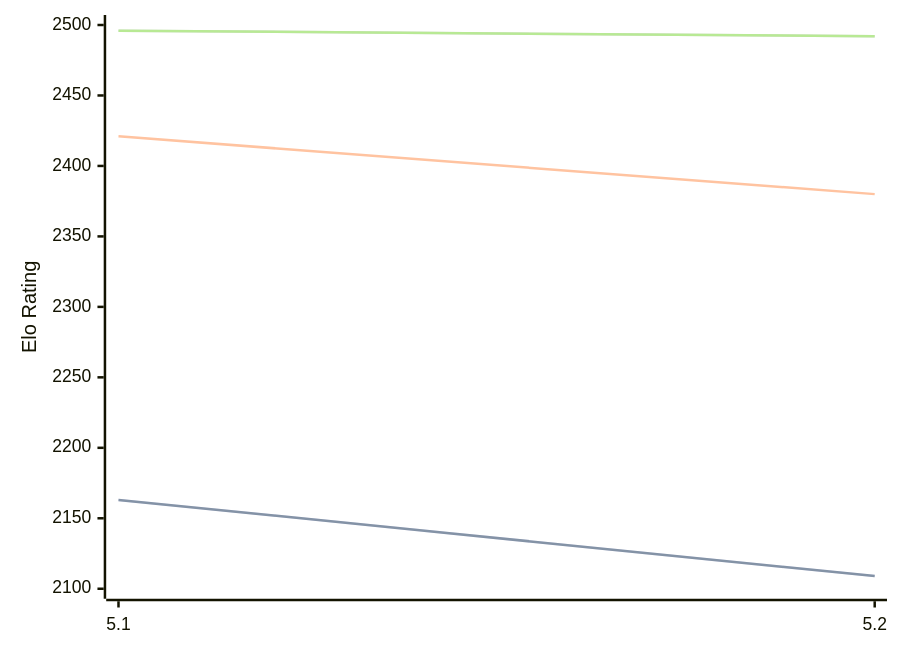
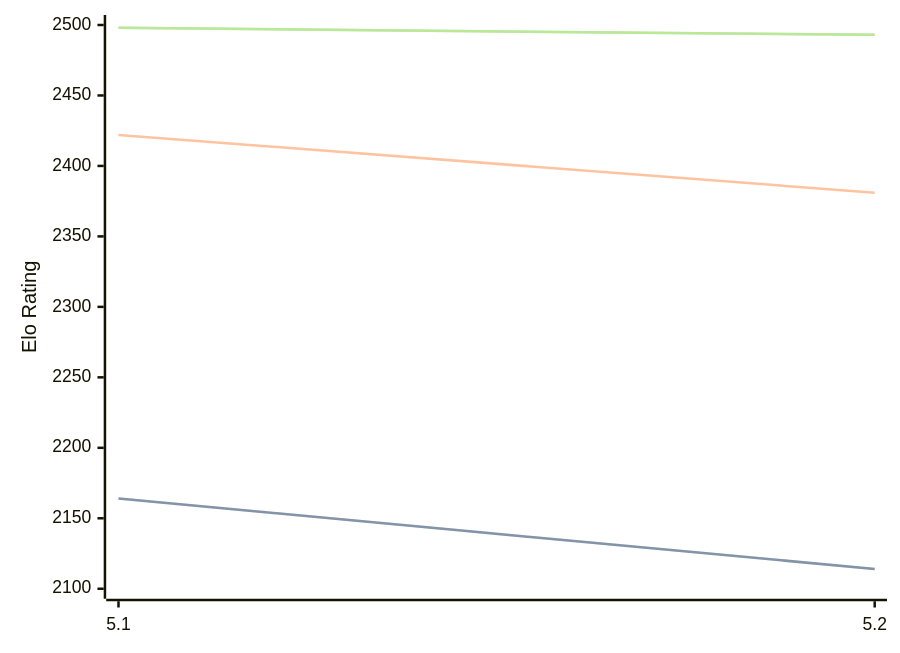
One commit to computer-chess-index/cci changed the diagram in engines/Prophet.md. Above: the diagram before and after it, drawn with Mermaid. The commit also changed other lines of this file, not shown here.

Commit message:
Update CCI Ratings (ELO VLTC) - 2026-08-26

````diff
--- a/engines/Prophet.md
+++ b/engines/Prophet.md
@@ -32,11 +32,11 @@
 ```mermaid
 %%{init: {"theme":"base","themeVariables":{"seriesColors:['#a3a3a3','#222221','#faa371']}}}%%
 xychart-beta
   x-axis ["5.1", "5.2"]
   y-axis "Elo Rating" 2100 --> 2500
-  line "STC (8.0+0.08s)" [2163, 2109]
-  line "STC (8.0+0.08s)" [2163, 2109]
-  line "LTC (60.0+0.60s)" [2421, 2380]
-  line "VLTC (2m24s+1.12s)" [2496, 2492]
-  line "VLTC (2m24s+1.12s)" [2496, 2492]
+  line "STC (8.0+0.08s)" [2164, 2114]
+  line "STC (8.0+0.08s)" [2164, 2114]
+  line "LTC (60.0+0.60s)" [2422, 2381]
+  line "VLTC (2m24s+1.12s)" [2498, 2493]
+  line "VLTC (2m24s+1.12s)" [2498, 2493]
 ```
````
